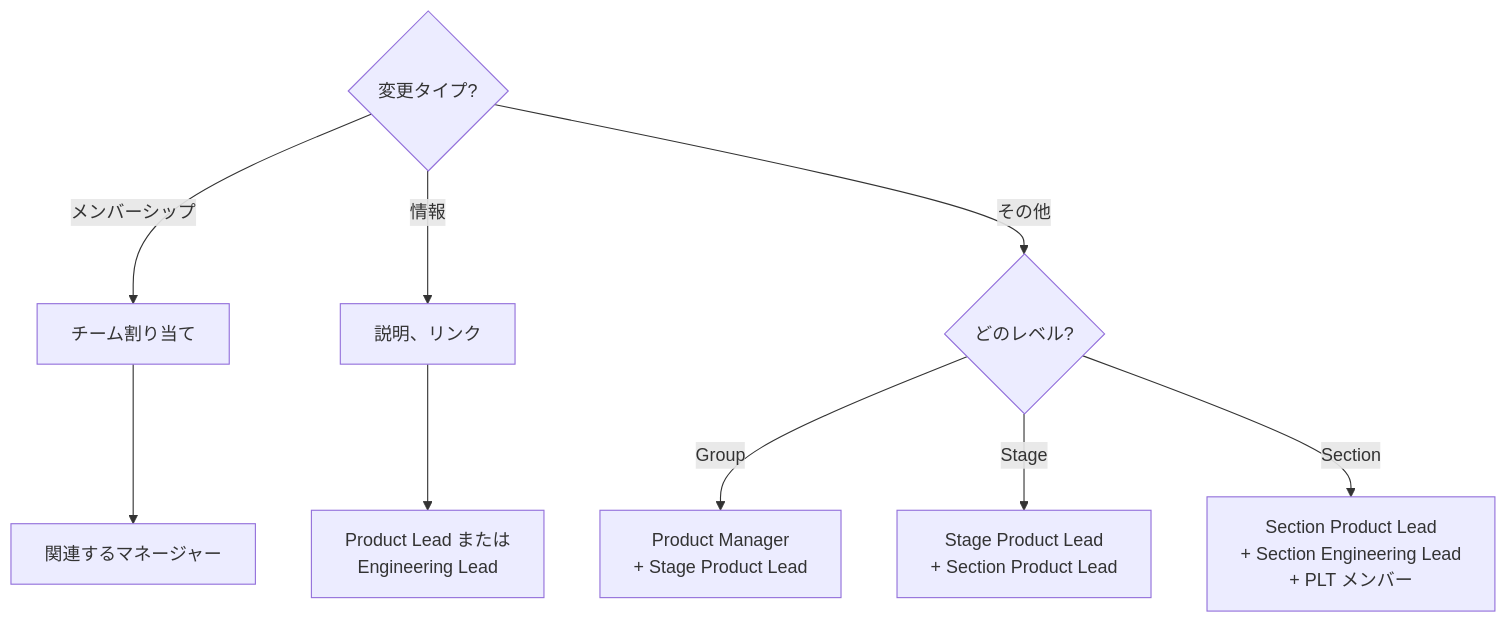
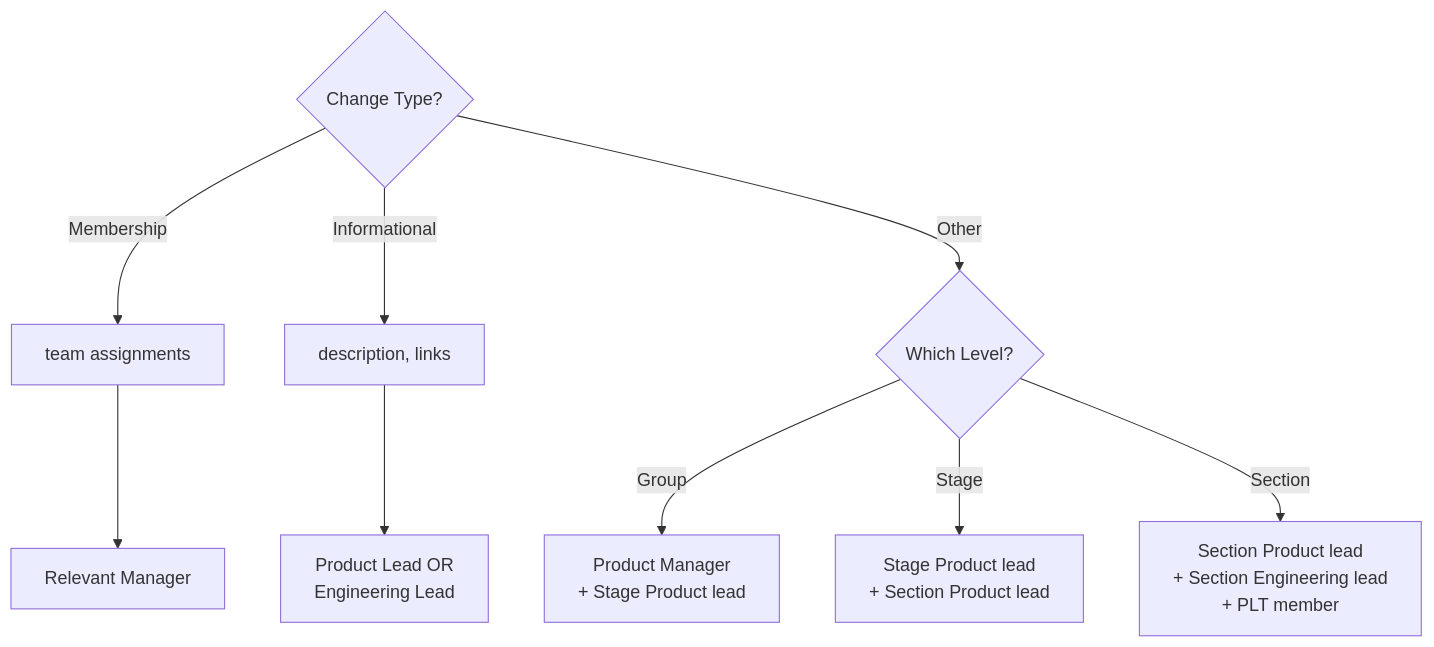
The second of 2 diagrams in content/handbook/product/categories/_index.md (kyama0/gitlab-handbook-ja), drawn with Mermaid before and after one commit. The commit also changed other lines of this file and 56 other files, not shown here.

````diff
--- a/content/handbook/product/categories/_index.md
+++ b/content/handbook/product/categories/_index.md
@@ -222,18 +222,18 @@
 ```mermaid
 flowchart TD
-    Type{変更タイプ?}
+    Type{Change Type?}
 
-    Type -->|メンバーシップ| Member[チーム割り当て]
-    Member --> MemberApproval[関連するマネージャー]
+    Type -->|Membership| Member[team assignments]
+    Member --> MemberApproval[Relevant Manager]
 
-    Type -->|情報| Info[説明、リンク]
-    Info --> InfoApproval[Product Lead または<br/>Engineering Lead]
+    Type -->|Informational| Info[description, links]
+    Info --> InfoApproval[Product Lead OR<br/>Engineering Lead]
 
-    Type -->|その他| Level{どのレベル?}
+    Type -->|Other| Level{Which Level?}
 
-    Level -->|Group| GroupApproval[Product Manager<br/>+ Stage Product Lead]
+    Level -->|Group| GroupApproval[Product Manager<br/>+ Stage Product lead]
 
-    Level -->|Stage| StageApproval[Stage Product Lead<br/>+ Section Product Lead]
+    Level -->|Stage| StageApproval[Stage Product lead<br/>+ Section Product lead]
 
-    Level -->|Section| SectionApproval[Section Product Lead<br/>+ Section Engineering Lead<br/>+ PLT メンバー]
+    Level -->|Section| SectionApproval[Section Product lead<br/>+ Section Engineering lead<br/>+ PLT member]
 ```
````
